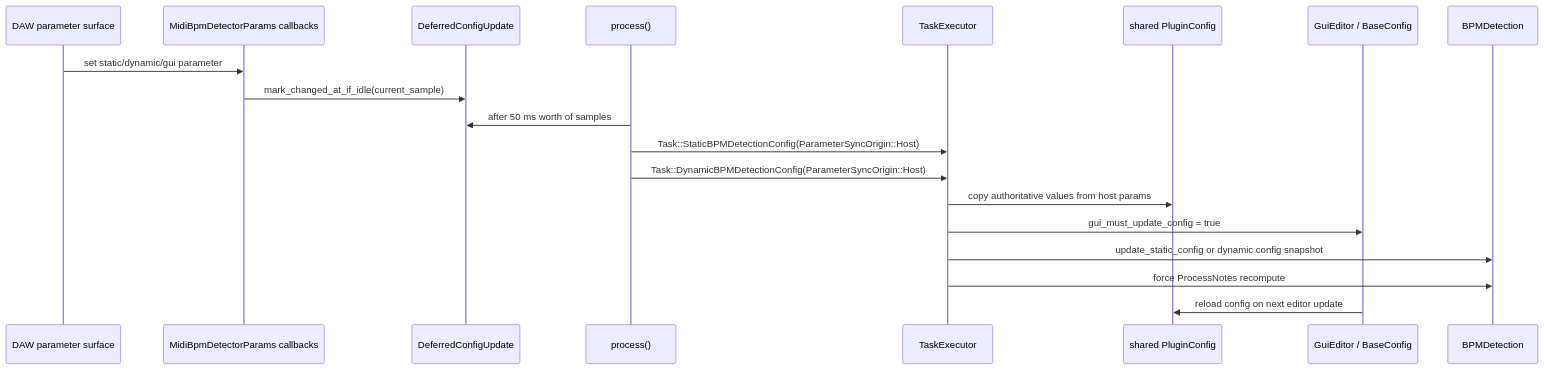
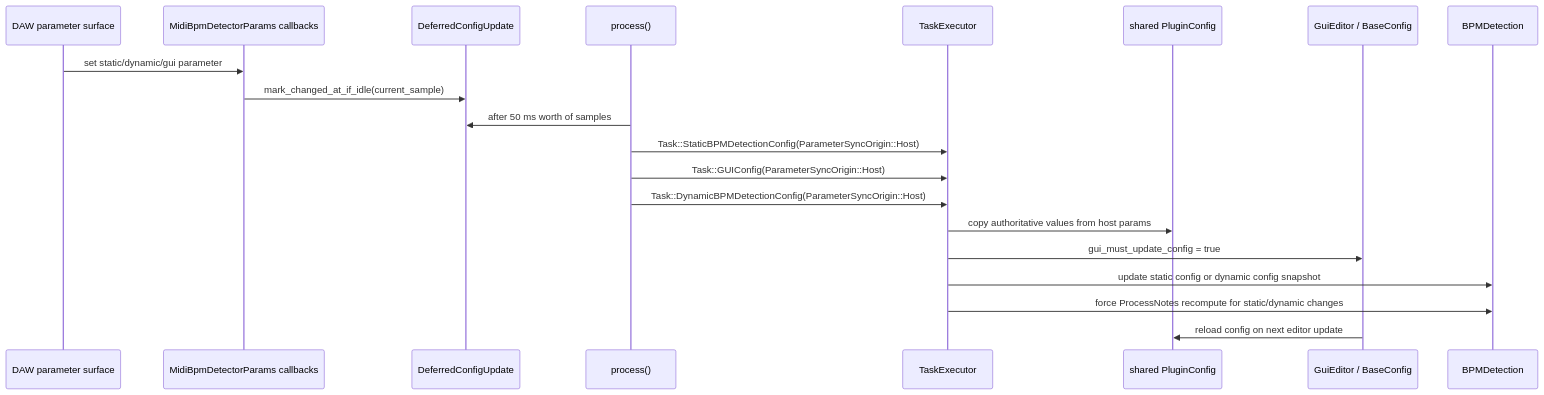
The fifth of 11 diagrams in docs/runtime-lifecycle.md (valsteen/midi_bpm_detection), drawn with Mermaid before and after one commit. The commit also changed other lines of this file, not shown here.

Commit message:
Refresh runtime lifecycle GUI sync docs

````diff
--- a/docs/runtime-lifecycle.md
+++ b/docs/runtime-lifecycle.md
@@ -197,22 +197,23 @@
 ```mermaid
 sequenceDiagram
     participant Host as DAW parameter surface
     participant Params as MidiBpmDetectorParams callbacks
     participant Marker as DeferredConfigUpdate
     participant Process as process()
     participant Exec as TaskExecutor
     participant Config as shared PluginConfig
     participant Gui as GuiEditor / BaseConfig
     participant Model as BPMDetection
 
     Host->>Params: set static/dynamic/gui parameter
     Params->>Marker: mark_changed_at_if_idle(current_sample)
     Process->>Marker: after 50 ms worth of samples
     Process->>Exec: Task::StaticBPMDetectionConfig(ParameterSyncOrigin::Host)
+    Process->>Exec: Task::GUIConfig(ParameterSyncOrigin::Host)
     Process->>Exec: Task::DynamicBPMDetectionConfig(ParameterSyncOrigin::Host)
     Exec->>Config: copy authoritative values from host params
     Exec->>Gui: gui_must_update_config = true
-    Exec->>Model: update_static_config or dynamic config snapshot
-    Exec->>Model: force ProcessNotes recompute
+    Exec->>Model: update static config or dynamic config snapshot
+    Exec->>Model: force ProcessNotes recompute for static/dynamic changes
     Gui->>Config: reload config on next editor update
 ```
````
